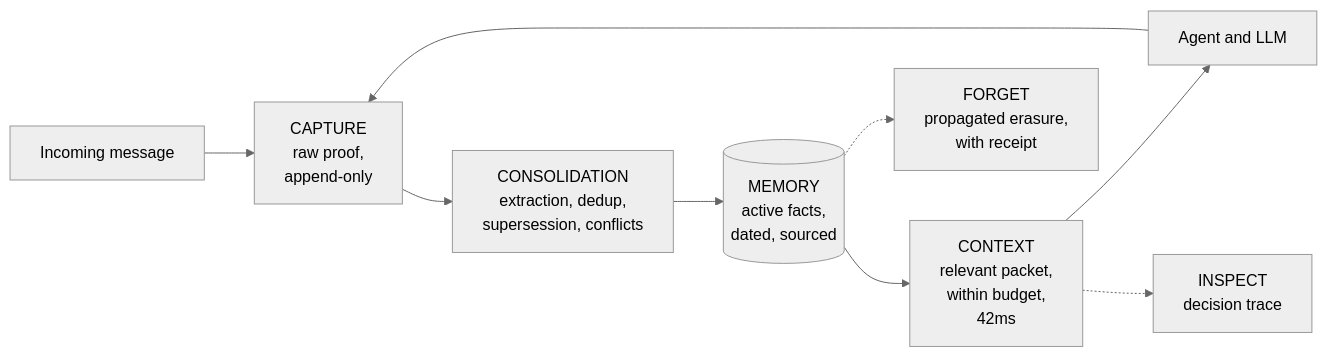
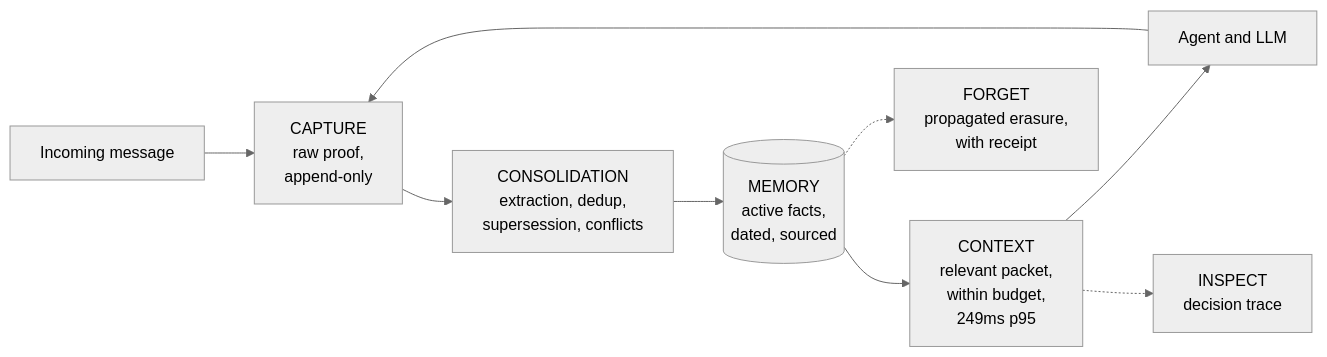
The diagram in README.md (GetHaki/Haki), drawn with Mermaid (neutral theme) before and after one commit. The commit also changed other lines of this file and 2 other files, not shown here.

First line of the commit message:
docs: correct a stale latency figure that no longer reproduces

````diff
--- a/README.md
+++ b/README.md
@@ -226,11 +226,11 @@
 ```mermaid
 flowchart LR
     A[Incoming message] --> B[CAPTURE<br/>raw proof,<br/>append-only]
     B --> C[CONSOLIDATION<br/>extraction, dedup,<br/>supersession, conflicts]
     C --> D[(MEMORY<br/>active facts,<br/>dated, sourced)]
-    D --> E[CONTEXT<br/>relevant packet,<br/>within budget,<br/>42ms]
+    D --> E[CONTEXT<br/>relevant packet,<br/>within budget,<br/>249ms p95]
     E --> F[Agent and LLM]
     F --> B
     E -.-> G[INSPECT<br/>decision trace]
     D -.-> H[FORGET<br/>propagated erasure,<br/>with receipt]
 ```
````
